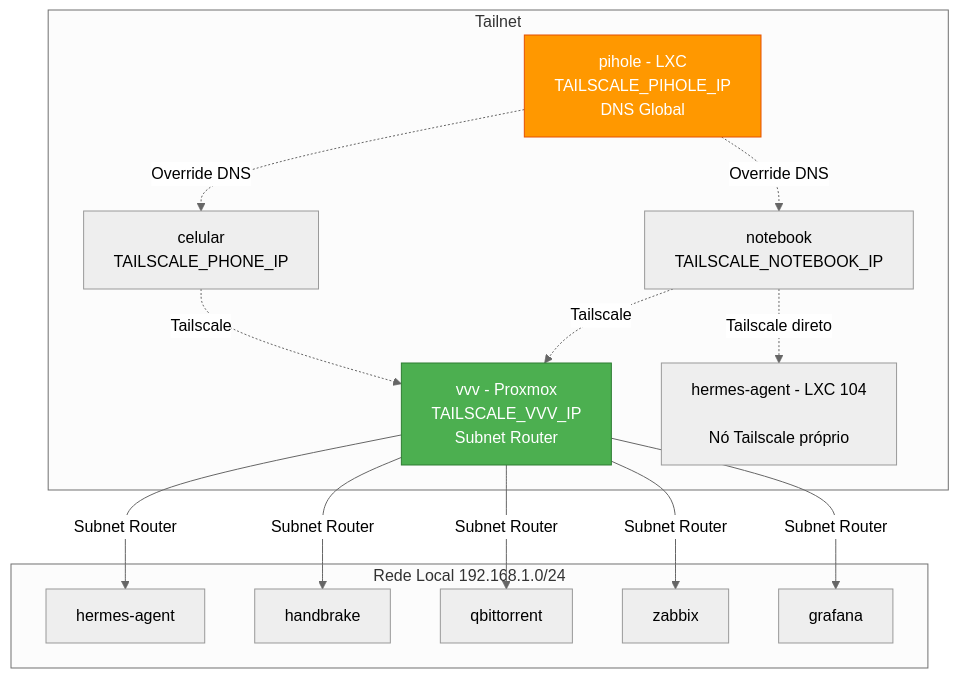
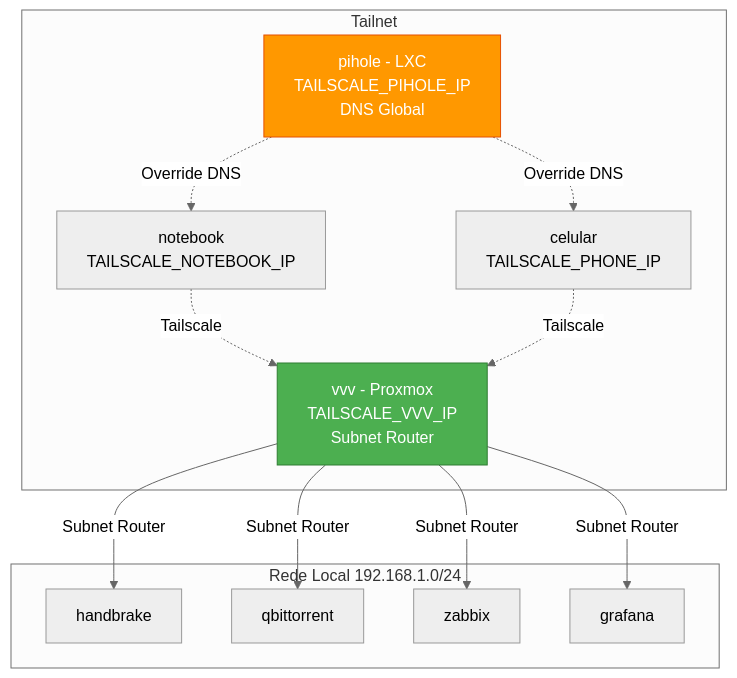
The diagram in docs/networking.md (mviniciusy/vvy-homelab), drawn with Mermaid (neutral theme) before and after one commit. The commit also changed other lines of this file and 22 other files, not shown here.

````diff
--- a/docs/networking.md
+++ b/docs/networking.md
@@ -11,27 +11,24 @@
 ```mermaid
 graph TB
     subgraph Tailnet
         VVV[vvv - Proxmox<br/>TAILSCALE_VVV_IP<br/>Subnet Router]
         PIHOLE[pihole - LXC<br/>TAILSCALE_PIHOLE_IP<br/>DNS Global]
-        HERMES_TS[hermes-agent - LXC 104<br/><TAILSCALE_HERMES_IP><br/>Nó Tailscale próprio]
         NOTEBOOK[notebook<br/>TAILSCALE_NOTEBOOK_IP]
         PHONE[celular<br/>TAILSCALE_PHONE_IP]
     end
 
     subgraph Rede Local 192.168.1.0/24
-        VVV --> |Subnet Router| HERMES[hermes-agent]
         VVV --> |Subnet Router| HANDBRAKE[handbrake]
         VVV --> |Subnet Router| QBIT[qbittorrent]
         VVV --> |Subnet Router| ZABBIX[zabbix]
         VVV --> |Subnet Router| GRAFANA[grafana]
     end
 
     NOTEBOOK -.-> |Tailscale| VVV
-    NOTEBOOK -.-> |Tailscale direto| HERMES_TS
     PHONE -.-> |Tailscale| VVV
     PIHOLE -.-> |Override DNS| NOTEBOOK
     PIHOLE -.-> |Override DNS| PHONE
 
     style VVV fill:#4caf50,stroke:#2e7d32,color:#fff
     style PIHOLE fill:#ff9800,stroke:#e65100,color:#fff
 ```
````
